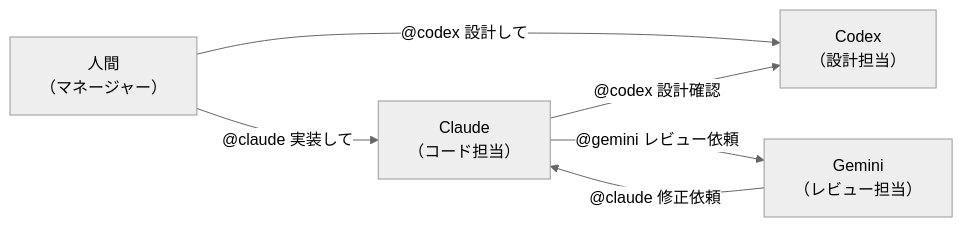
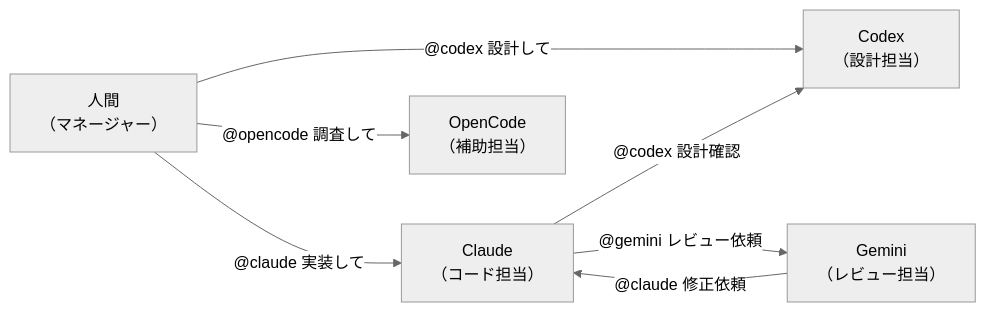
The fifth of 5 diagrams in guides/usage.md (s-hiraoku/synapse-a2a), drawn with Mermaid (neutral theme) before and after one commit. The commit also changed other lines of this file and 46 other files, not shown here.

First line of the commit message:
feat: add OpenCode agent support (#135)

````diff
--- a/guides/usage.md
+++ b/guides/usage.md
@@ -709,13 +711,15 @@
 ```mermaid
 flowchart LR
     Human["人間<br/>（マネージャー）"]
     Claude["Claude<br/>（コード担当）"]
     Codex["Codex<br/>（設計担当）"]
     Gemini["Gemini<br/>（レビュー担当）"]
+    OpenCode["OpenCode<br/>（補助担当）"]
 
     Human -->|"@claude 実装して"| Claude
     Human -->|"@codex 設計して"| Codex
+    Human -->|"@opencode 調査して"| OpenCode
     Claude -->|"@codex 設計確認"| Codex
     Claude -->|"@gemini レビュー依頼"| Gemini
     Gemini -->|"@claude 修正依頼"| Claude
 ```
````
